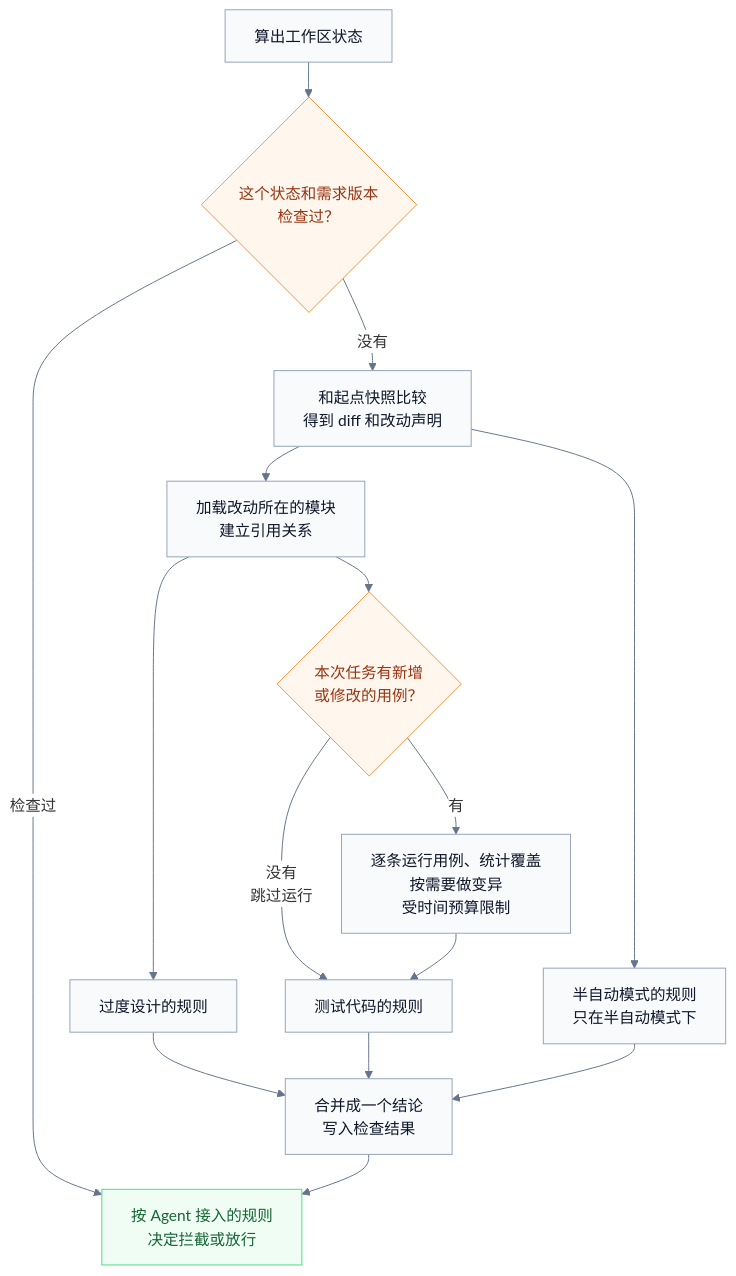
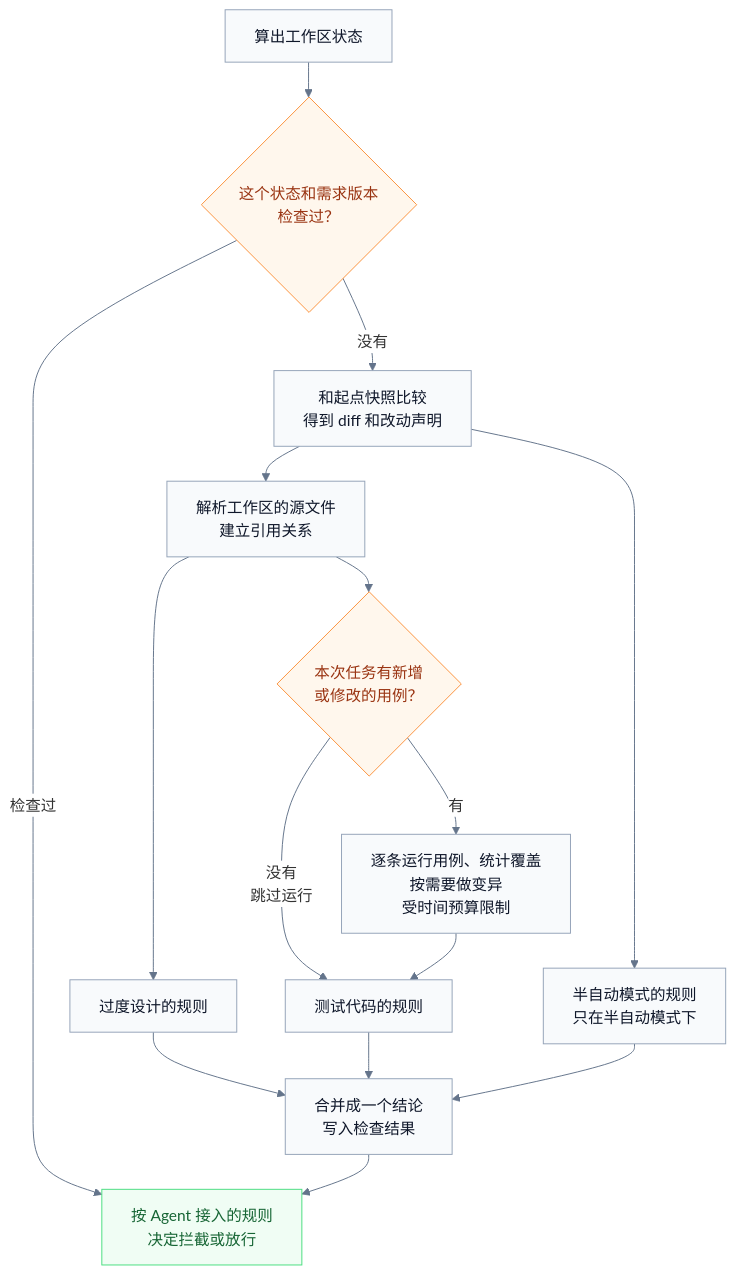
Before and after one commit to Innocent-children/TaskBelay: the third of 3 diagrams in docs/product-architecture.md, drawn with Mermaid. The commit also changed other lines of this file and 46 other files, not shown here.

````diff
--- a/docs/product-architecture.md
+++ b/docs/product-architecture.md
@@ -209,25 +229,25 @@
 ```mermaid
 %%{init: {"theme": "base", "themeVariables": {"fontFamily": "PingFang SC, Microsoft YaHei, sans-serif", "fontSize": "16px", "edgeLabelBackground": "#ffffff", "lineColor": "#64748b"}, "flowchart": {"curve": "basis", "nodeSpacing": 40, "rankSpacing": 36}}}%%
 flowchart TB
     STATE["算出工作区状态"] --> CACHED{"这个状态和需求版本<br/>检查过？"}
     CACHED -->|"检查过"| DECIDE["按 Agent 接入的规则<br/>决定拦截或放行"]
     CACHED -->|"没有"| DIFF["和起点快照比较<br/>得到 diff 和改动声明"]
-    DIFF --> LOAD["加载改动所在的模块<br/>建立引用关系"]
+    DIFF --> LOAD["解析工作区的源文件<br/>建立引用关系"]
     LOAD --> DESIGN["过度设计的规则"]
     LOAD --> TESTS{"本次任务有新增<br/>或修改的用例？"}
     TESTS -->|"有"| RUN["逐条运行用例、统计覆盖<br/>按需要做变异<br/>受时间预算限制"]
     TESTS -->|"没有<br/>跳过运行"| TCODE
     RUN --> TCODE["测试代码的规则"]
     DIFF --> SEMI["半自动模式的规则<br/>只在半自动模式下"]
     DESIGN --> MERGE["合并成一个结论<br/>写入检查结果"]
     TCODE --> MERGE
     SEMI --> MERGE
     MERGE --> DECIDE
 
     classDef gray fill:#f8fafc,stroke:#94a3b8,color:#0f172a;
     classDef orange fill:#fff7ed,stroke:#fb923c,color:#9a3412;
     classDef green fill:#f0fdf4,stroke:#4ade80,color:#166534;
     class STATE,DIFF,LOAD,DESIGN,RUN,TCODE,SEMI,MERGE gray;
     class CACHED,TESTS orange;
     class DECIDE green;
 ```
````
